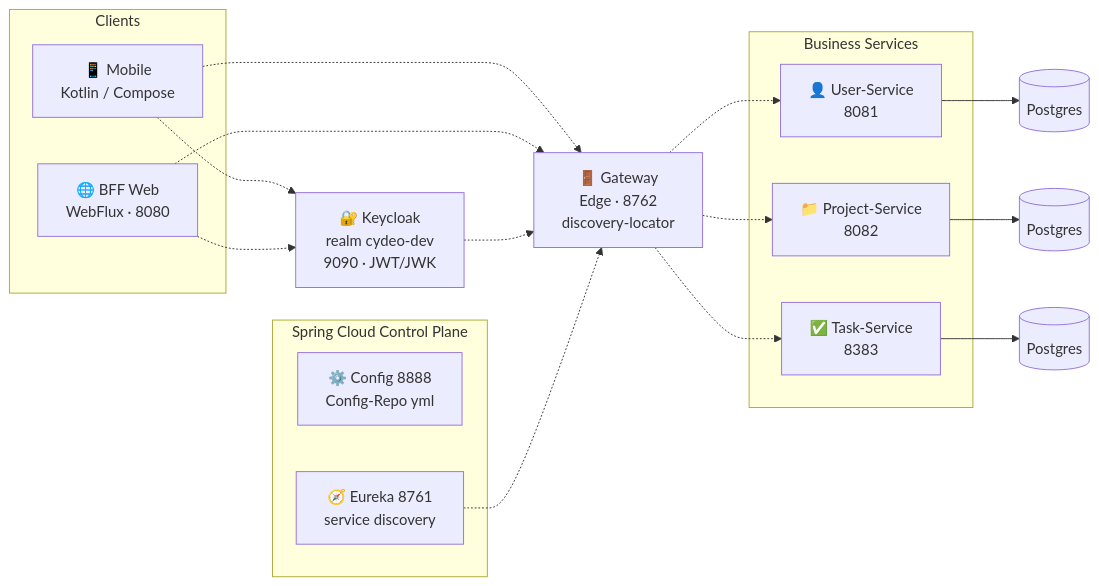
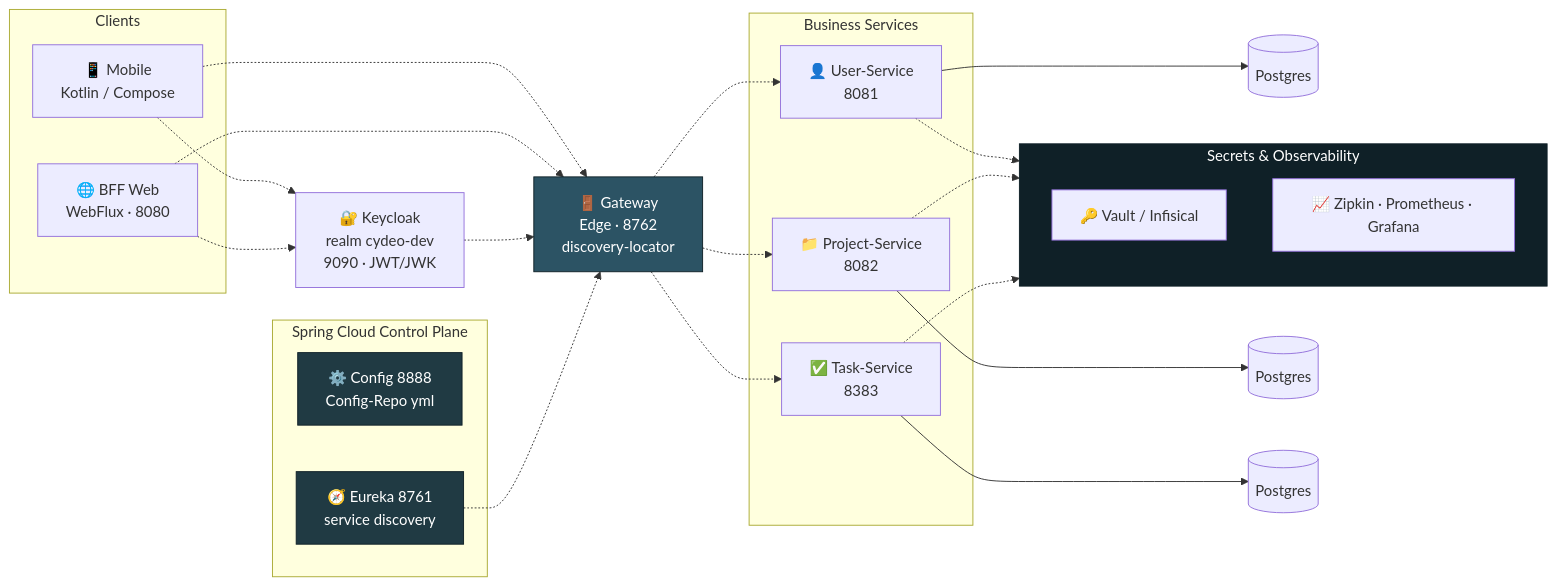
One commit to berat-erkul/TicketinApp changed the diagram in README.md. Above: the diagram before and after it, drawn with Mermaid. The commit also changed other lines of this file, not shown here.

````diff
--- a/README.md
+++ b/README.md
@@ -11,40 +28,54 @@
 ```mermaid
 flowchart LR
     subgraph clients [Clients]
         Mobile["📱 Mobile<br/>Kotlin / Compose"]
         Web["🌐 BFF Web<br/>WebFlux · 8080"]
     end
 
     Keycloak["🔐 Keycloak<br/>realm cydeo-dev<br/>9090 · JWT/JWK"]
     Gateway["🚪 Gateway<br/>Edge · 8762<br/>discovery-locator"]
 
     subgraph control [Spring Cloud Control Plane]
         Config["⚙️ Config 8888<br/>Config-Repo yml"]
         Eureka["🧭 Eureka 8761<br/>service discovery"]
     end
 
     subgraph services [Business Services]
         User["👤 User-Service<br/>8081"]
         Project["📁 Project-Service<br/>8082"]
         Task["✅ Task-Service<br/>8383"]
     end
 
+    subgraph obs [Secrets & Observability]
+        Vault["🔑 Vault / Infisical"]
+        Tracing["📈 Zipkin · Prometheus · Grafana"]
+    end
+
     UserDB[(Postgres)]
     ProjectDB[(Postgres)]
     TaskDB[(Postgres)]
 
     Mobile -.-> Keycloak
     Web -.-> Keycloak
     Mobile -.-> Gateway
     Web -.-> Gateway
     Keycloak -.-> Gateway
 
     Gateway -.-> User
     Gateway -.-> Project
     Gateway -.-> Task
     Eureka -.-> Gateway
 
     User --> UserDB
     Project --> ProjectDB
     Task --> TaskDB
+
+    User -.-> obs
+    Project -.-> obs
+    Task -.-> obs
+
+    style Gateway fill:#2C5364,stroke:#0F2027,color:#fff
+    style Eureka fill:#203A43,stroke:#0F2027,color:#fff
+    style Config fill:#203A43,stroke:#0F2027,color:#fff
+    style obs fill:#0F2027,stroke:#0F2027,color:#fff
 ```
````
